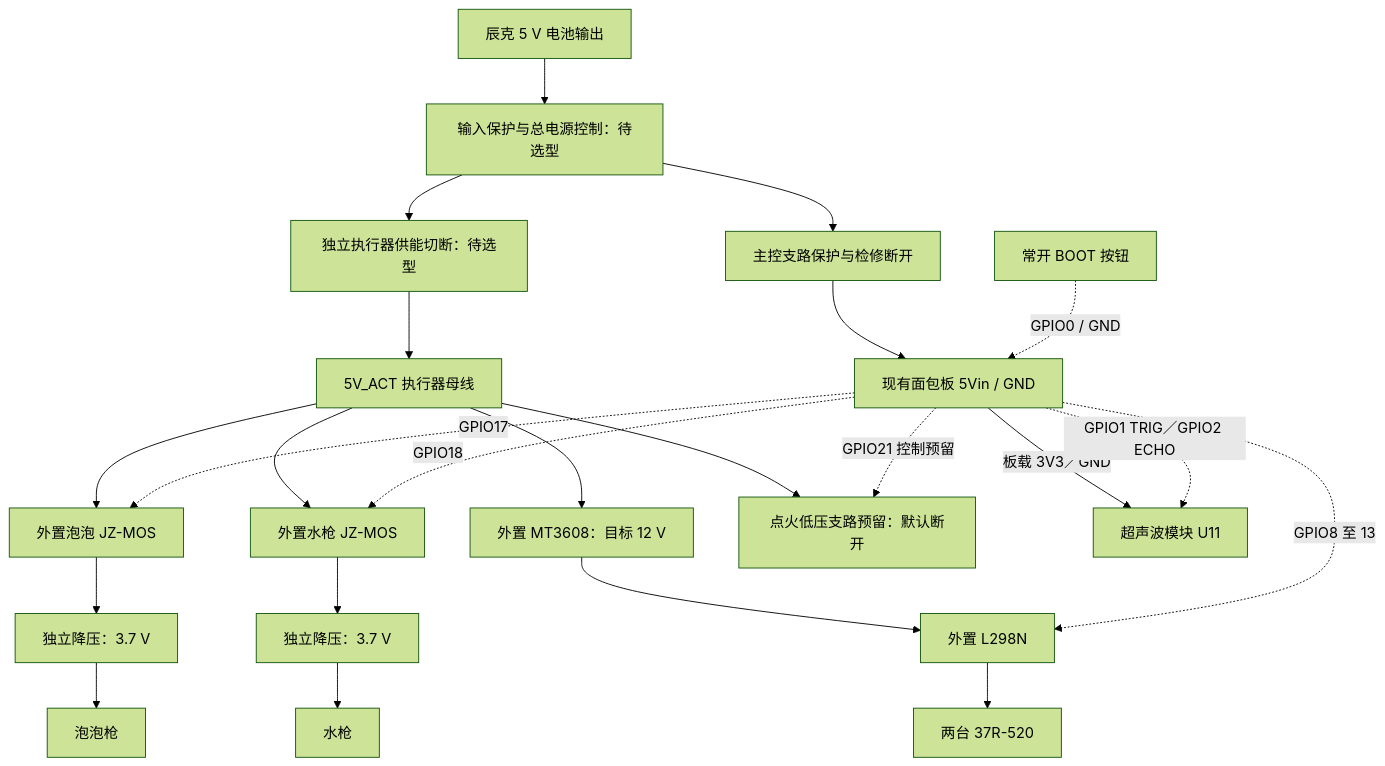
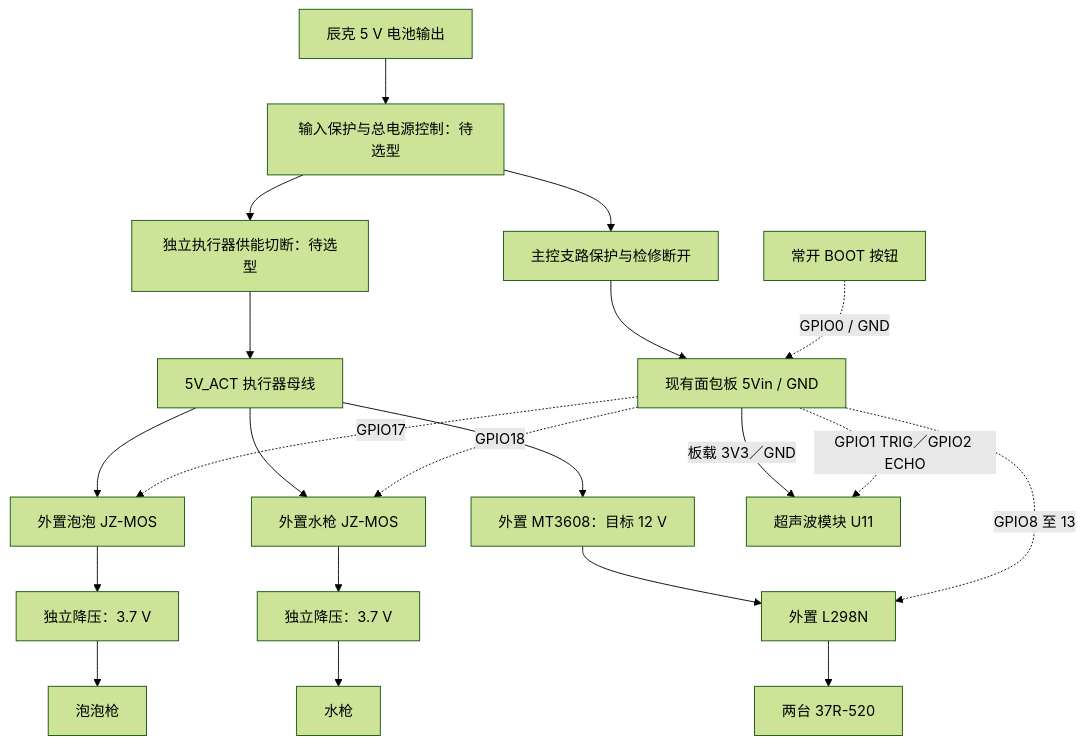
The diagram in docs/schematic-and-pcb.md (miclle/cybertrack), drawn with Mermaid (forest theme) before and after one commit. The commit also changed other lines of this file and 36 other files, not shown here.

````diff
--- a/docs/schematic-and-pcb.md
+++ b/docs/schematic-and-pcb.md
@@ -29,25 +28,23 @@
 ```mermaid
 flowchart TD
     BAT[辰克 5 V 电池输出] --> PROT[输入保护与总电源控制：待选型]
     PROT --> LOGIC[主控支路保护与检修断开]
     LOGIC --> CTRL[现有面包板 5Vin / GND]
     PROT --> CUT[独立执行器供能切断：待选型]
     CUT --> ACT[5V_ACT 执行器母线]
     ACT --> BOOST[外置 MT3608：目标 12 V]
     BOOST --> DRIVER[外置 L298N]
     DRIVER --> MOTORS[两台 37R-520]
     ACT --> WMOS[外置水枪 JZ-MOS]
     WMOS --> WBUCK[独立降压：3.7 V]
     WBUCK --> WATER[水枪]
     ACT --> BMOS[外置泡泡 JZ-MOS]
     BMOS --> BBUCK[独立降压：3.7 V]
     BBUCK --> BUBBLE[泡泡枪]
-    ACT --> IPORT[点火低压支路预留：默认断开]
     CTRL -. GPIO8 至 13 .-> DRIVER
     CTRL -->|板载 3V3／GND| SONAR[超声波模块 U11]
     CTRL -. GPIO1 TRIG／GPIO2 ECHO .-> SONAR
     CTRL -. GPIO18 .-> WMOS
     CTRL -. GPIO17 .-> BMOS
-    CTRL -. GPIO21 控制预留 .-> IPORT
     STOP[常开 BOOT 按钮] -. GPIO0 / GND .-> CTRL
 ```
````
